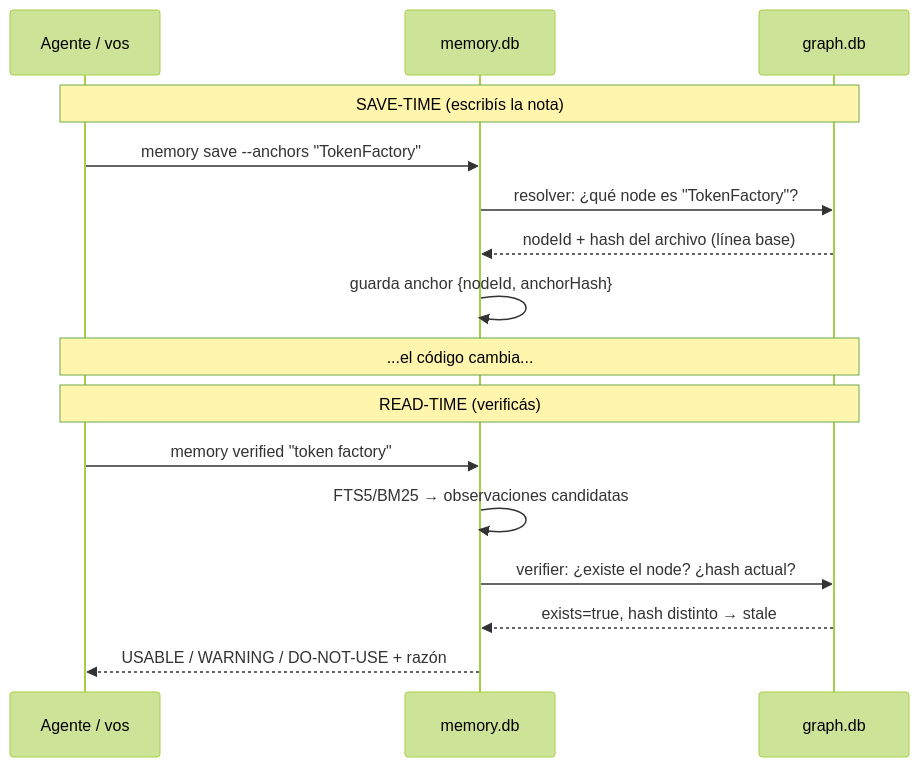
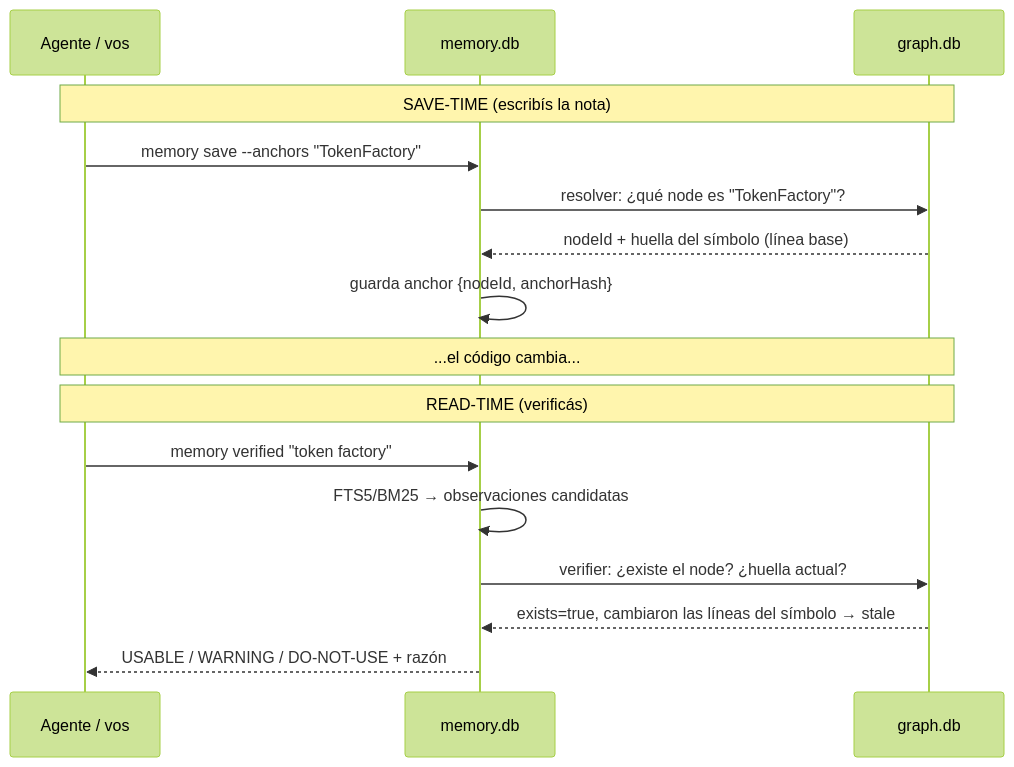
One commit to Kolimar/leina changed the fourth of 4 diagrams in docs/i18n/es/concepts/05-comunicacion-grafo-memoria.md. Above: the diagram before and after it, drawn with Mermaid (forest theme). The commit also changed other lines of this file and 26 other files, not shown here.

````diff
--- a/docs/i18n/es/concepts/05-comunicacion-grafo-memoria.md
+++ b/docs/i18n/es/concepts/05-comunicacion-grafo-memoria.md
@@ -137,21 +181,21 @@
 ```mermaid
 sequenceDiagram
     participant Dev as Agente / vos
     participant Mem as memory.db
     participant Graph as graph.db
 
     Note over Dev,Graph: SAVE-TIME (escribís la nota)
     Dev->>Mem: memory save --anchors "TokenFactory"
     Mem->>Graph: resolver: ¿qué node es "TokenFactory"?
-    Graph-->>Mem: nodeId + hash del archivo (línea base)
+    Graph-->>Mem: nodeId + huella del símbolo (línea base)
     Mem->>Mem: guarda anchor {nodeId, anchorHash}
 
     Note over Dev,Graph: ...el código cambia...
 
     Note over Dev,Graph: READ-TIME (verificás)
     Dev->>Mem: memory verified "token factory"
     Mem->>Mem: FTS5/BM25 → observaciones candidatas
-    Mem->>Graph: verifier: ¿existe el node? ¿hash actual?
-    Graph-->>Mem: exists=true, hash distinto → stale
+    Mem->>Graph: verifier: ¿existe el node? ¿huella actual?
+    Graph-->>Mem: exists=true, cambiaron las líneas del símbolo → stale
     Mem-->>Dev: USABLE / WARNING / DO-NOT-USE + razón
 ```
````
